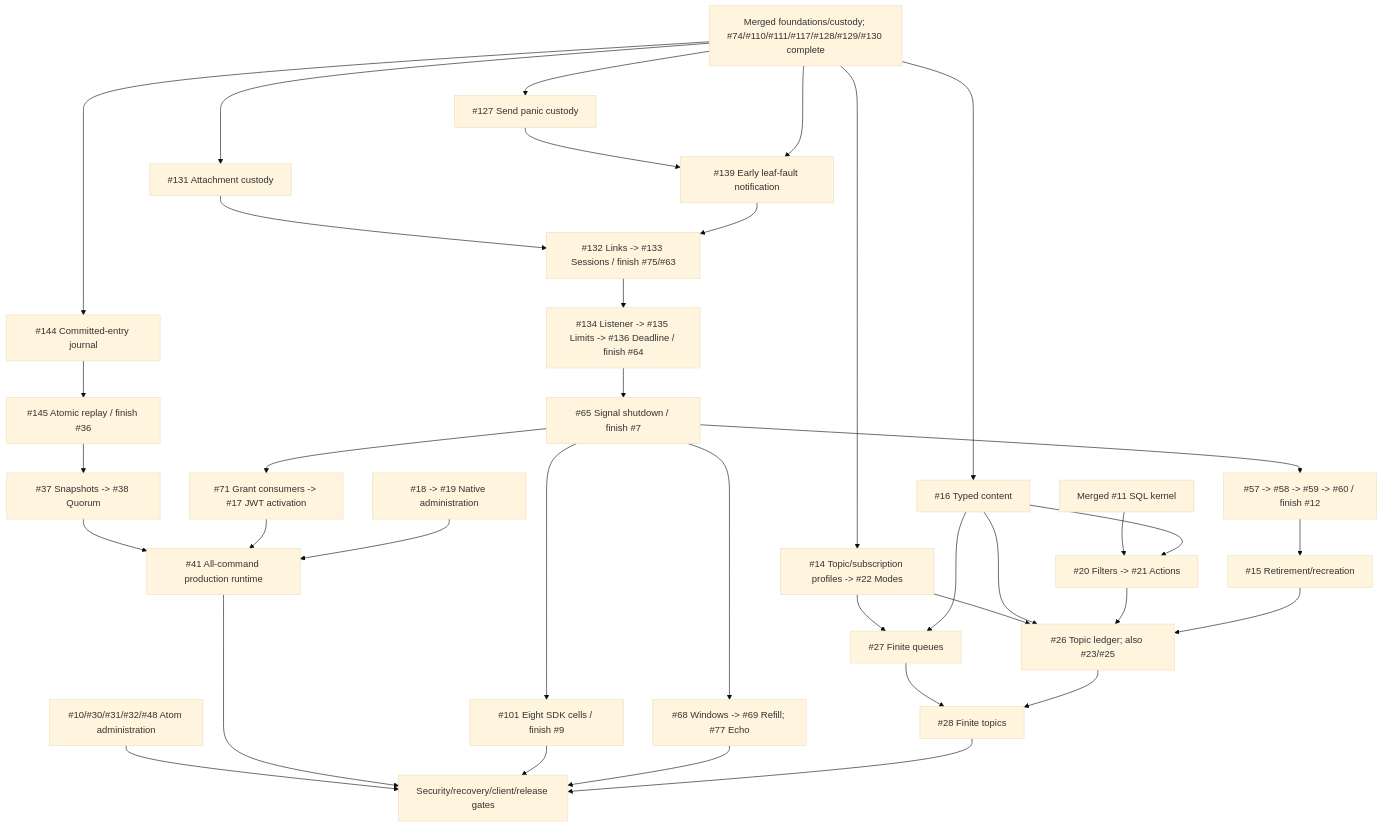
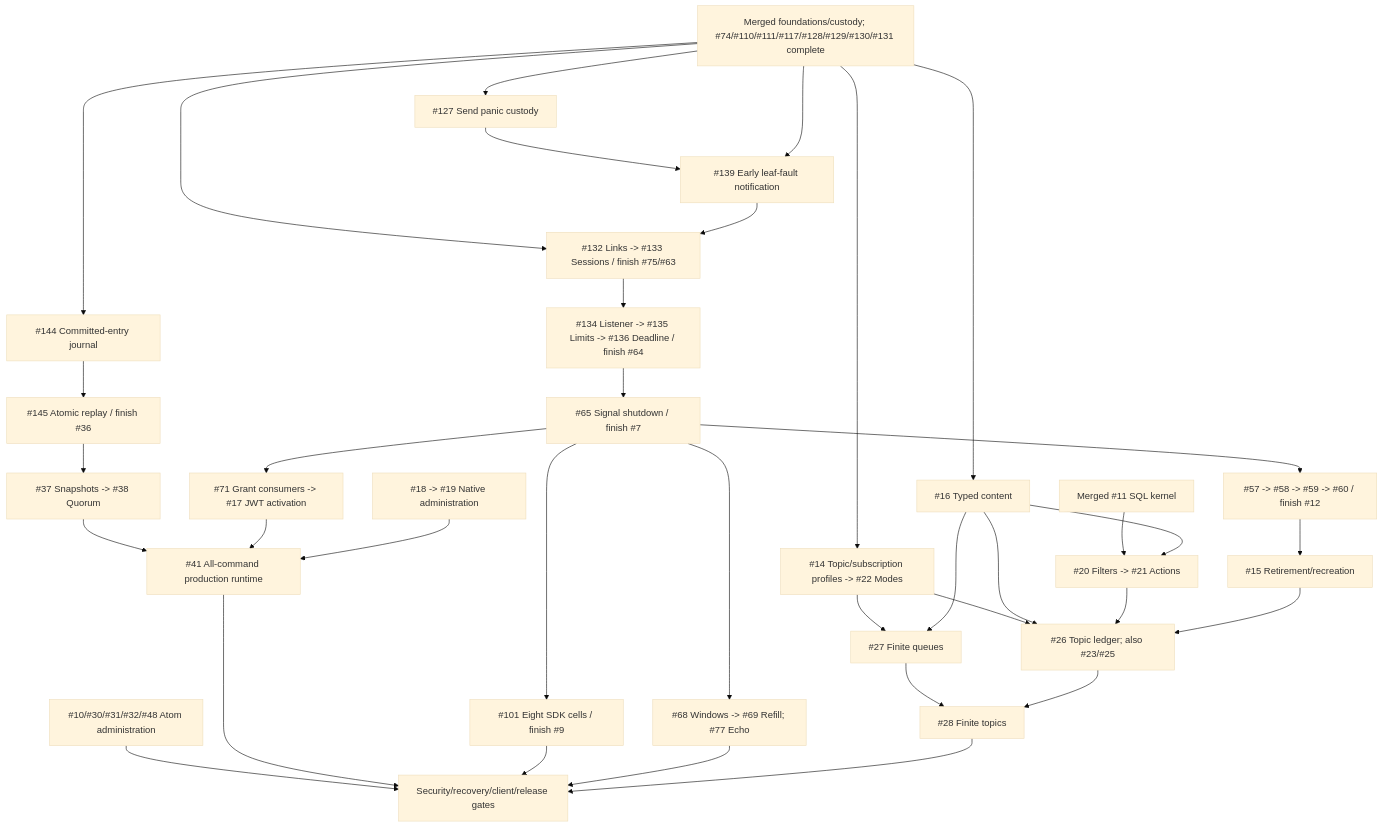
One commit to DeandreT/switchyard changed the diagram in docs/roadmap.md. Above: the diagram before and after it, drawn with Mermaid (base theme). The commit also changed other lines of this file and 8 other files, not shown here.

First line of the commit message:
feat(protocol-amqp): retain attachment custody across pump panics

````diff
--- a/docs/roadmap.md
+++ b/docs/roadmap.md
@@ -60,39 +60,38 @@
 ```mermaid
 flowchart TD
-    Main["Merged foundations/custody; #74/#110/#111/#117/#128/#129/#130 complete"] --> Send["#127 Send panic custody"]
-    Main --> Attachments["#131 Attachment custody"]
+    Main["Merged foundations/custody; #74/#110/#111/#117/#128/#129/#130/#131 complete"] --> Send["#127 Send panic custody"]
     Send --> Fault["#139 Early leaf-fault notification"]
     Main --> Fault
-    Attachments --> Trees
+    Main --> Trees
     Fault --> Trees["#132 Links -> #133 Sessions / finish #75/#63"]
     Trees --> Admission["#134 Listener -> #135 Limits -> #136 Deadline / finish #64"]
     Admission --> Signals["#65 Signal shutdown / finish #7"]
     Signals --> Authority["#57 -> #58 -> #59 -> #60 / finish #12"]
     Authority --> Delete["#15 Retirement/recreation"]
     Signals --> Grants["#71 Grant consumers -> #17 JWT activation"]
     Signals --> Matrix["#101 Eight SDK cells / finish #9"]
     Signals --> Windows["#68 Windows -> #69 Refill; #77 Echo"]
     Main --> Profiles["#14 Topic/subscription profiles -> #22 Modes"]
     Main --> Content["#16 Typed content"]
     Kernel["Merged #11 SQL kernel"] --> Rules["#20 Filters -> #21 Actions"]
     Content --> Rules
     Profiles --> Queue["#27 Finite queues"]
     Content --> Queue
     Profiles --> Ledger["#26 Topic ledger; also #23/#25"]
     Content --> Ledger
     Rules --> Ledger
     Delete --> Ledger
     Queue --> Topic["#28 Finite topics"]
     Ledger --> Topic
     Main --> Journal["#144 Committed-entry journal"]
     Journal --> Log["#145 Atomic replay / finish #36"]
     Log --> Snapshots["#37 Snapshots -> #38 Quorum"]
     Snapshots --> Runtime["#41 All-command production runtime"]
     Grants --> Runtime
     Admin["#18 -> #19 Native administration"] --> Runtime
     Atom["#10/#30/#31/#32/#48 Atom administration"] --> Gates
     Runtime --> Gates["Security/recovery/client/release gates"]
     Matrix --> Gates
     Windows --> Gates
     Topic --> Gates
 ```
````
